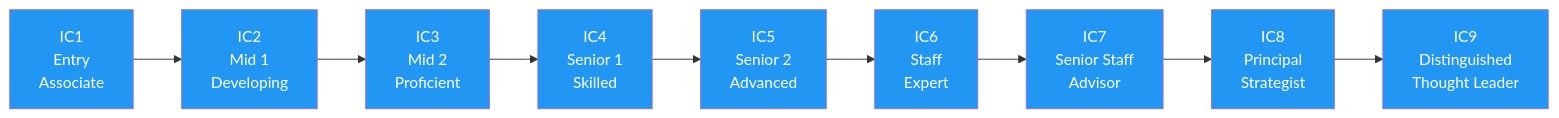
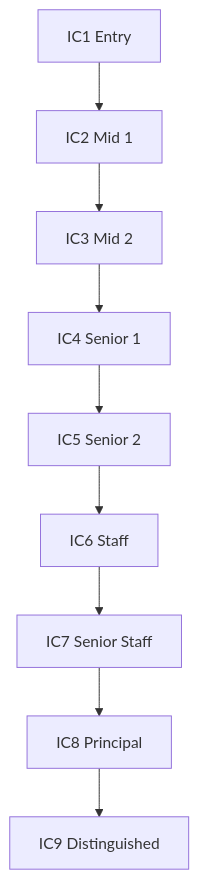
Before and after one commit to ultralytics/handbook: the diagram in docs/en/people/careers/levels-ic.md, drawn with Mermaid. The commit also changed 16 other files, not shown here.

Commit message:
Migrate handbook Mermaid diagrams to the unified design system (#363)

````diff
--- a/docs/en/people/careers/levels-ic.md
+++ b/docs/en/people/careers/levels-ic.md
@@ -20,13 +20,11 @@
 ```mermaid
-graph LR
-    IC1[IC1<br/>Entry<br/>Associate]:::proc --> IC2[IC2<br/>Mid 1<br/>Developing]:::proc
-    IC2 --> IC3[IC3<br/>Mid 2<br/>Proficient]:::proc
-    IC3 --> IC4[IC4<br/>Senior 1<br/>Skilled]:::proc
-    IC4 --> IC5[IC5<br/>Senior 2<br/>Advanced]:::proc
-    IC5 --> IC6[IC6<br/>Staff<br/>Expert]:::proc
-    IC6 --> IC7[IC7<br/>Senior Staff<br/>Advisor]:::proc
-    IC7 --> IC8[IC8<br/>Principal<br/>Strategist]:::proc
-    IC8 --> IC9[IC9<br/>Distinguished<br/>Thought Leader]:::proc
-
-    classDef proc fill:#2196F3,color:#fff
+flowchart TD
+    IC1[IC1 Entry] --> IC2[IC2 Mid 1]
+    IC2 --> IC3[IC3 Mid 2]
+    IC3 --> IC4[IC4 Senior 1]
+    IC4 --> IC5[IC5 Senior 2]
+    IC5 --> IC6[IC6 Staff]
+    IC6 --> IC7[IC7 Senior Staff]
+    IC7 --> IC8[IC8 Principal]
+    IC8 --> IC9[IC9 Distinguished]
 ```
````
